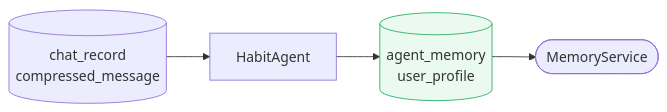
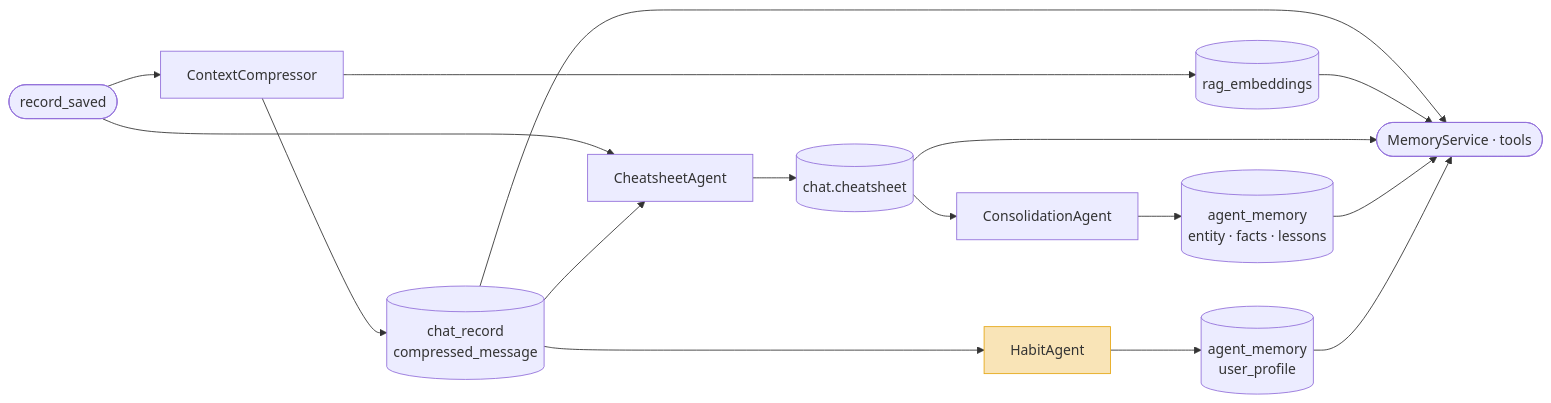
One commit to wiedersehne/Ida-arch changed the first of 2 diagrams in memory/habit-agent.md. Above: the diagram before and after it, drawn with Mermaid. The commit also changed other lines of this file, not shown here.

````diff
--- a/memory/habit-agent.md
+++ b/memory/habit-agent.md
@@ -17,13 +19,28 @@
 ```mermaid
 flowchart LR
+    RS(["record_saved"])
+
+    CC["ContextCompressor"]
+    CSA["CheatsheetAgent"]
+    CONS["ConsolidationAgent"]
+    HA["HabitAgent"]
+
     CR[("chat_record\ncompressed_message")]
-    HA["HabitAgent"]
+    RAG[("rag_embeddings")]
+    CS[("chat.cheatsheet")]
+    AM[("agent_memory\nentity · facts · lessons")]
     UP[("agent_memory\nuser_profile")]
-    MS(["MemoryService"])
 
-    CR --> HA
+    MS(["MemoryService · tools"])
+
+    RS --> CC & CSA
+    CC --> CR & RAG
+    CR --> CSA & HA
+    CSA --> CS
+    CS --> CONS
+    CONS --> AM
     HA --> UP
-    UP --> MS
+    CR & RAG & CS & AM & UP --> MS
 
-    style UP fill:#eafaf1,stroke:#27ae60
+    style HA fill:#f9e4b7,stroke:#e6a817
 ```
````
